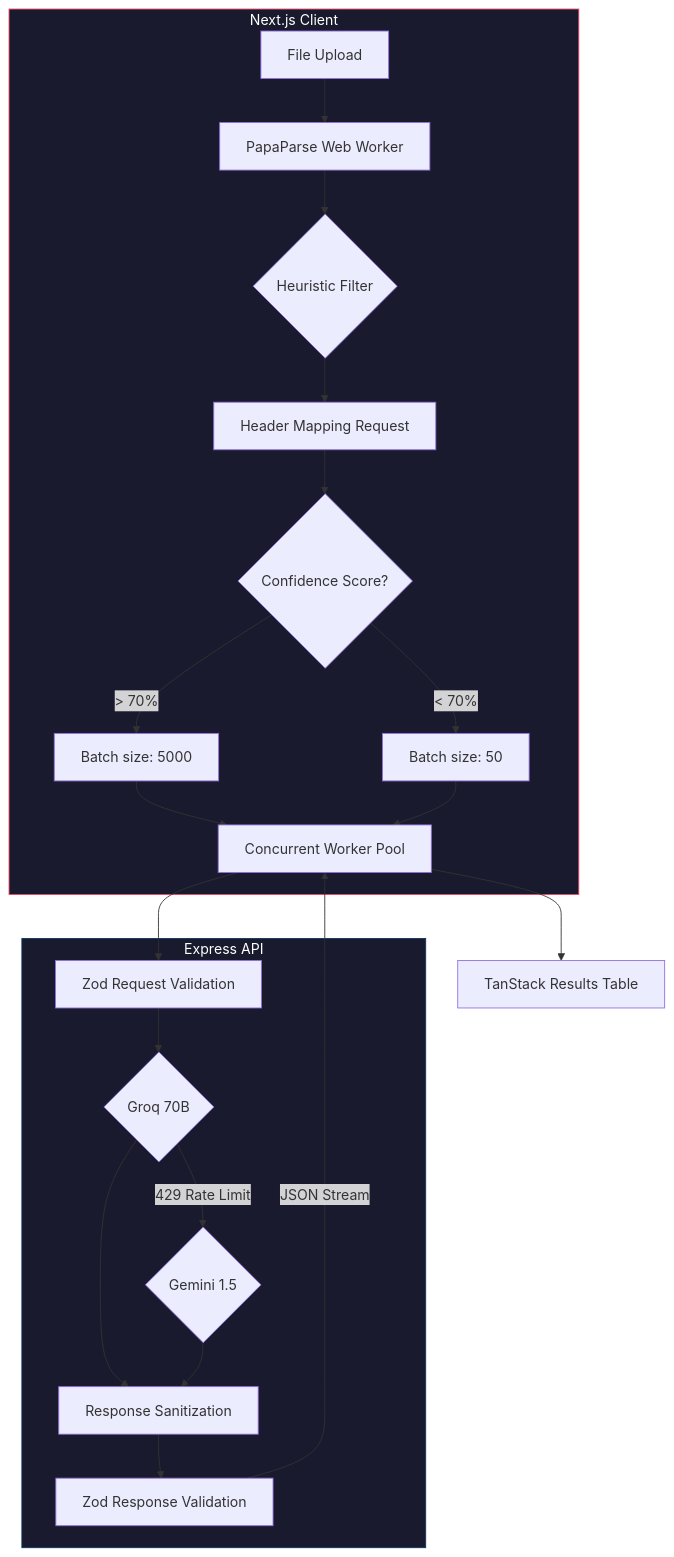
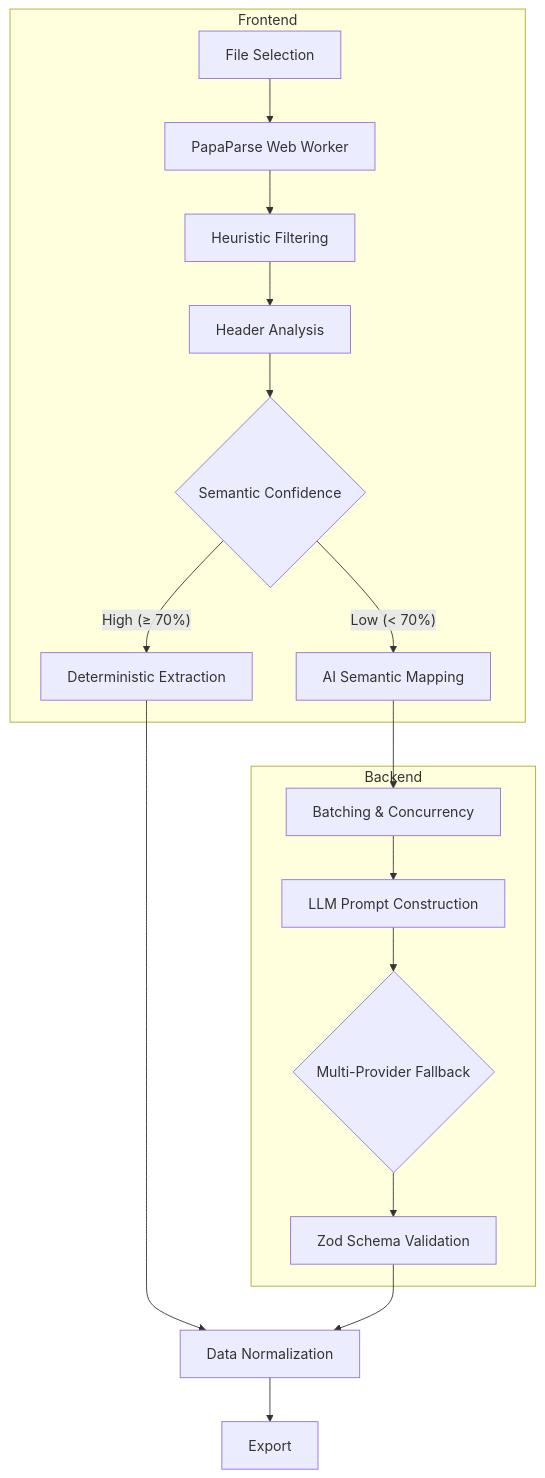
Before and after one commit to notUbaid/GridSense: the diagram in README.md, drawn with Mermaid. The commit also changed other lines of this file, not shown here.

````diff
--- a/README.md
+++ b/README.md
@@ -68,26 +21,22 @@
 ```mermaid
 flowchart TD
-    subgraph Frontend [Next.js Client]
-        A[File Upload] --> B[PapaParse Web Worker]
-        B --> C{Heuristic Filter}
-        C --> D[Header Mapping Request]
-        D --> E{Confidence Score?}
-        E -->|> 70%| F[Batch size: 5000]
-        E -->|< 70%| G[Batch size: 50]
-        F & G --> H[Concurrent Worker Pool]
+    subgraph Client [Frontend]
+        A[File Selection] --> B[PapaParse Web Worker]
+        B --> C[Heuristic Filtering]
+        C --> D[Header Analysis]
+        D --> E{Semantic Confidence}
+        E -- "High (≥ 70%)" --> F[Deterministic Extraction]
+        E -- "Low (< 70%)" --> G[AI Semantic Mapping]
     end
 
-    subgraph Backend [Express API]
-        H --> I[Zod Request Validation]
-        I --> J{Groq 70B}
-        J -->|429 Rate Limit| K{Gemini 1.5}
-        J & K --> L[Response Sanitization]
-        L --> M[Zod Response Validation]
+    subgraph Server [Backend]
+        G --> H[Batching & Concurrency]
+        H --> I[LLM Prompt Construction]
+        I --> J{Multi-Provider Fallback}
+        J --> K[Zod Schema Validation]
     end
 
-    M -->|JSON Stream| H
-    H --> N[TanStack Results Table]
-
-    style Frontend fill:#1a1a2e,stroke:#e94560,color:#fff
-    style Backend fill:#1a1a2e,stroke:#0f3460,color:#fff
+    F --> L[Data Normalization]
+    K --> L
+    L --> M[Export]
 ```
````
